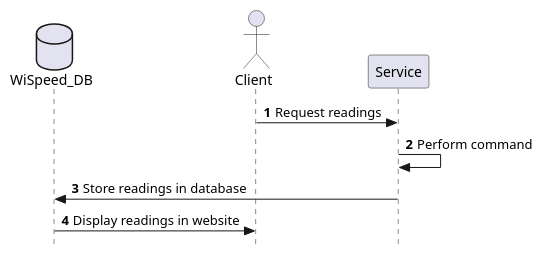
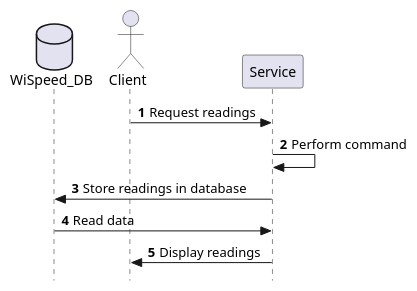
Before and after one commit to diegopimi/Wispeed: the diagram in Sequence_UML_Design/design.plantuml, drawn with PlantUML. The commit also changed 1 other file, not shown here.

Commit message:
updated the little funny diagram

```diff
--- a/Sequence_UML_Design/design.plantuml
+++ b/Sequence_UML_Design/design.plantuml
@@ -1,10 +1,11 @@
 @startuml WiSpeed
 autonumber
 skinparam Style strictuml
 database WiSpeed_DB
 actor Client
 Client -> Service: Request readings
 Service -> Service: Perform command
 Service -> WiSpeed_DB: Store readings in database
-WiSpeed_DB -> Client: Display readings in website
+WiSpeed_DB -> Service: Read data
+Service -> Client: Display readings
 @enduml
```
